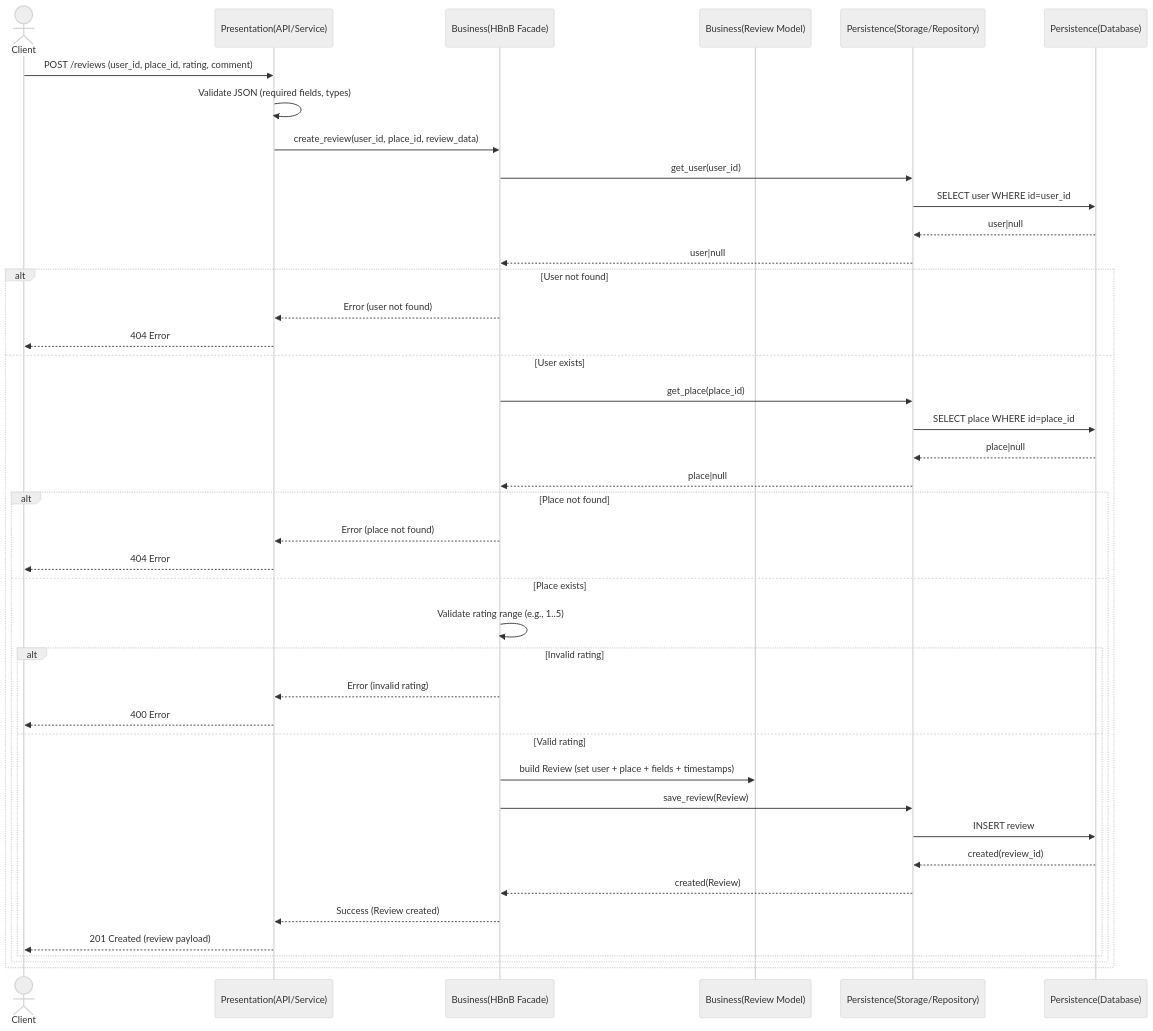
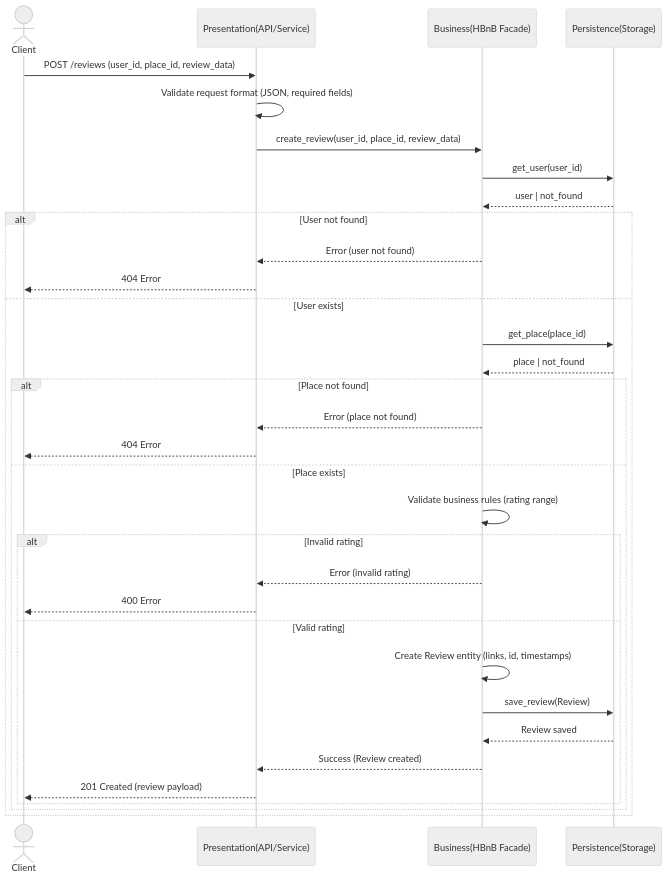
Before and after one commit to Hedygh/holbertonschool-hbnb: the third of 4 diagrams in part1/Diagrams_API_Calls.md, drawn with Mermaid (neutral theme). The commit also changed other lines of this file, not shown here.

Commit message:
Change 3 first diagrams code lenght to focus more on conception than implementation

````diff
--- a/part1/Diagrams_API_Calls.md
+++ b/part1/Diagrams_API_Calls.md
@@ -88,48 +70,37 @@
 ```mermaid
 sequenceDiagram
     actor Client
     participant API as Presentation(API/Service)
     participant Facade as Business(HBnB Facade)
-    participant ReviewModel as Business(Review Model)
-    participant Store as Persistence(Storage/Repository)
-    participant DB as Persistence(Database)
+    participant Store as Persistence(Storage)
 
-    Client->>API: POST /reviews (user_id, place_id, rating, comment)
-    API->>API: Validate JSON (required fields, types)
+    Client->>API: POST /reviews (user_id, place_id, review_data)
+    API->>API: Validate request format (JSON, required fields)
     API->>Facade: create_review(user_id, place_id, review_data)
 
     Facade->>Store: get_user(user_id)
-    Store->>DB: SELECT user WHERE id=user_id
-    DB-->>Store: user|null
-    Store-->>Facade: user|null
-
+    Store-->>Facade: user | not_found
     alt User not found
         Facade-->>API: Error (user not found)
         API-->>Client: 404 Error
     else User exists
         Facade->>Store: get_place(place_id)
-        Store->>DB: SELECT place WHERE id=place_id
-        DB-->>Store: place|null
-        Store-->>Facade: place|null
-
+        Store-->>Facade: place | not_found
         alt Place not found
             Facade-->>API: Error (place not found)
             API-->>Client: 404 Error
         else Place exists
-            Facade->>Facade: Validate rating range (e.g., 1..5)
+            Facade->>Facade: Validate business rules (rating range)
             alt Invalid rating
                 Facade-->>API: Error (invalid rating)
                 API-->>Client: 400 Error
             else Valid rating
-                Facade->>ReviewModel: build Review (set user + place + fields + timestamps)
+                Facade->>Facade: Create Review entity (links, id, timestamps)
                 Facade->>Store: save_review(Review)
-                Store->>DB: INSERT review
-                DB-->>Store: created(review_id)
-                Store-->>Facade: created(Review)
-
+                Store-->>Facade: Review saved
                 Facade-->>API: Success (Review created)
                 API-->>Client: 201 Created (review payload)
             end
         end
     end
 ```
````
